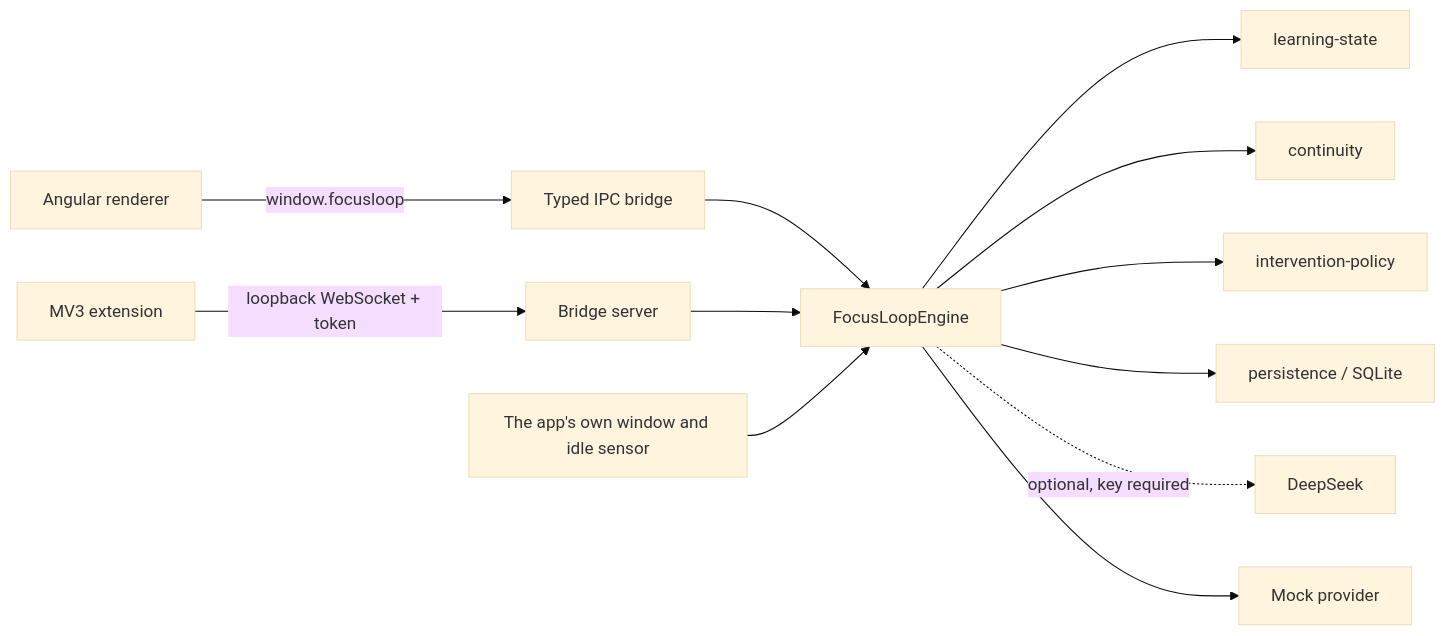
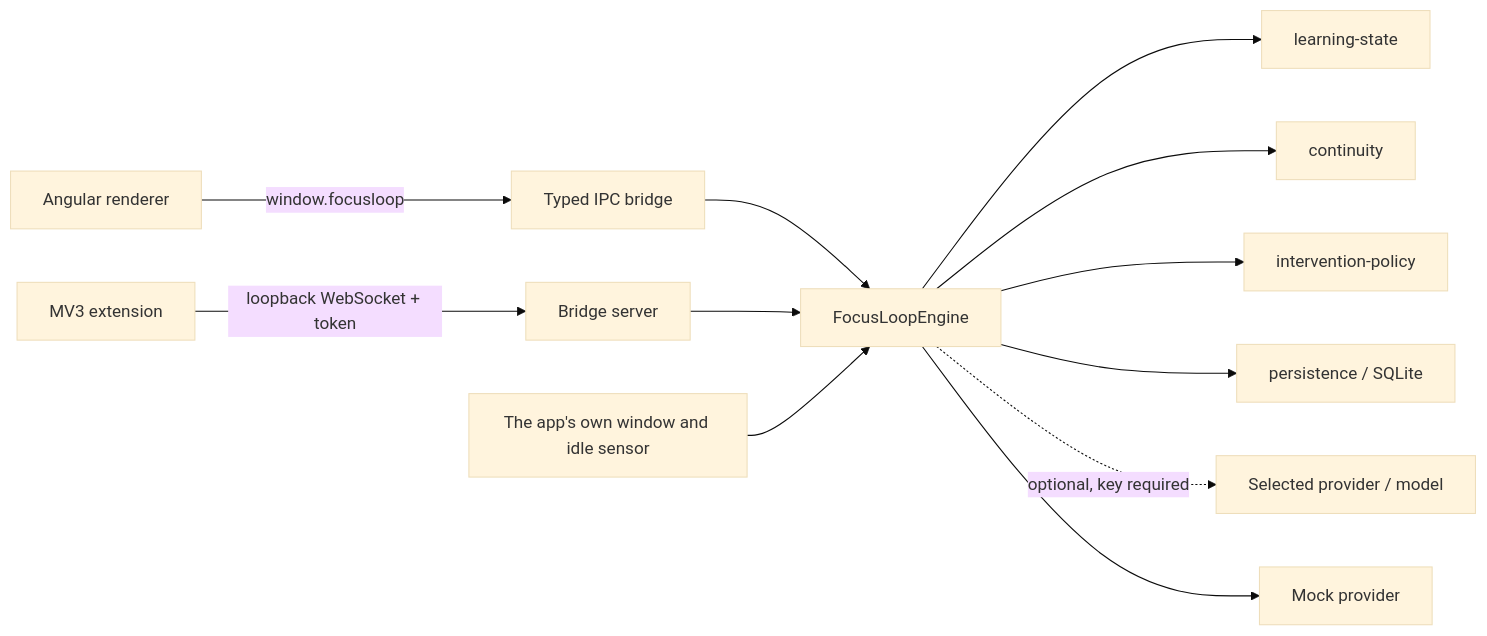
One commit to nianpingy-cpu/focusloop changed the diagram in README.md. Above: the diagram before and after it, drawn with Mermaid (base theme). The commit also changed other lines of this file and 51 other files, not shown here.

````diff
--- a/README.md
+++ b/README.md
@@ -203,14 +213,14 @@
 ```mermaid
 flowchart LR
   UI[Angular renderer] -->|window.focusloop| IPC[Typed IPC bridge]
   EXT[MV3 extension] -->|loopback WebSocket + token| BRIDGE[Bridge server]
   IPC --> ENGINE[FocusLoopEngine]
   BRIDGE --> ENGINE
   EVENT[The app's own window and idle sensor] --> ENGINE
   ENGINE --> STATE[learning-state]
   ENGINE --> CONT[continuity]
   ENGINE --> POL[intervention-policy]
   ENGINE --> STORE[persistence / SQLite]
-  ENGINE -.->|optional, key required| LLM[DeepSeek]
+  ENGINE -.->|optional, key required| LLM[Selected provider / model]
   ENGINE --> MOCK[Mock provider]
 ```
````
